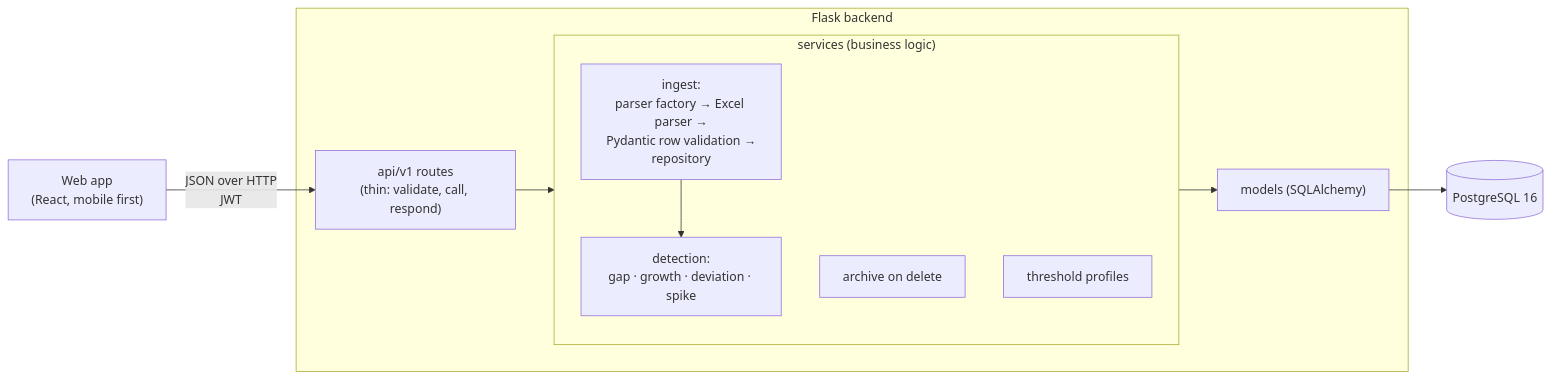
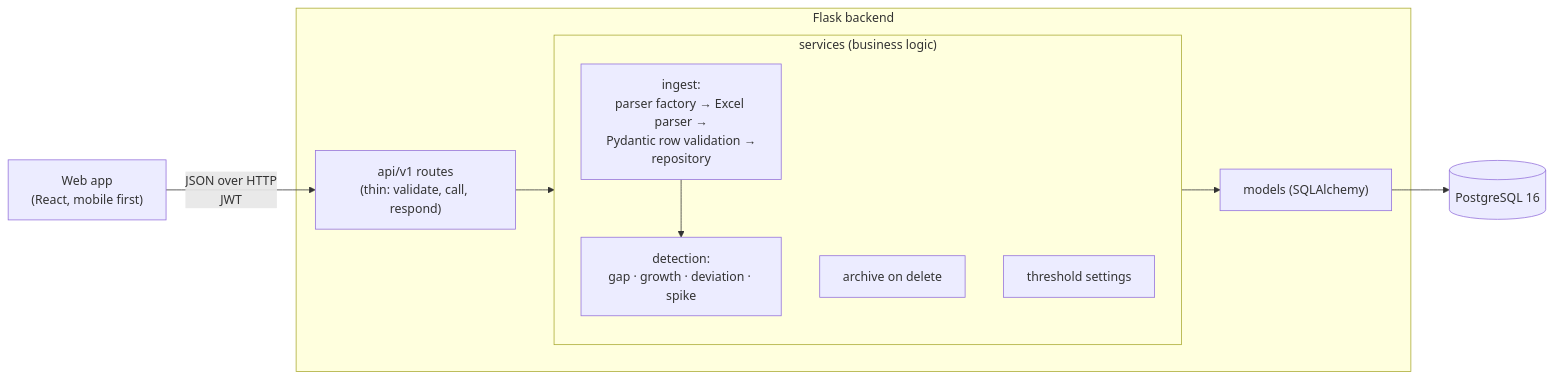
The first of 2 diagrams in README.md (YonatanHen/squanchy-bakery-tracker), drawn with Mermaid before and after one commit. The commit also changed other lines of this file and 14 other files, not shown here.

Commit message:
Call it threshold settings, not profile, in the backend, README and design docs

````diff
--- a/README.md
+++ b/README.md
@@ -18,16 +18,16 @@
 ```mermaid
 flowchart LR
     UI["Web app<br/>(React, mobile first)"] -->|"JSON over HTTP<br/>JWT"| API
     subgraph Backend["Flask backend"]
         API["api/v1 routes<br/>(thin: validate, call, respond)"] --> SVC
         subgraph SVC["services (business logic)"]
             ING["ingest:<br/>parser factory → Excel parser →<br/>Pydantic row validation →<br/>repository"]
             DET["detection:<br/>gap · growth · deviation · spike"]
             ARC["archive on delete"]
-            THR["threshold profiles"]
+            THR["threshold settings"]
         end
         SVC --> MOD["models (SQLAlchemy)"]
     end
     MOD --> DB[("PostgreSQL 16")]
     ING --> DET
 ```
````
